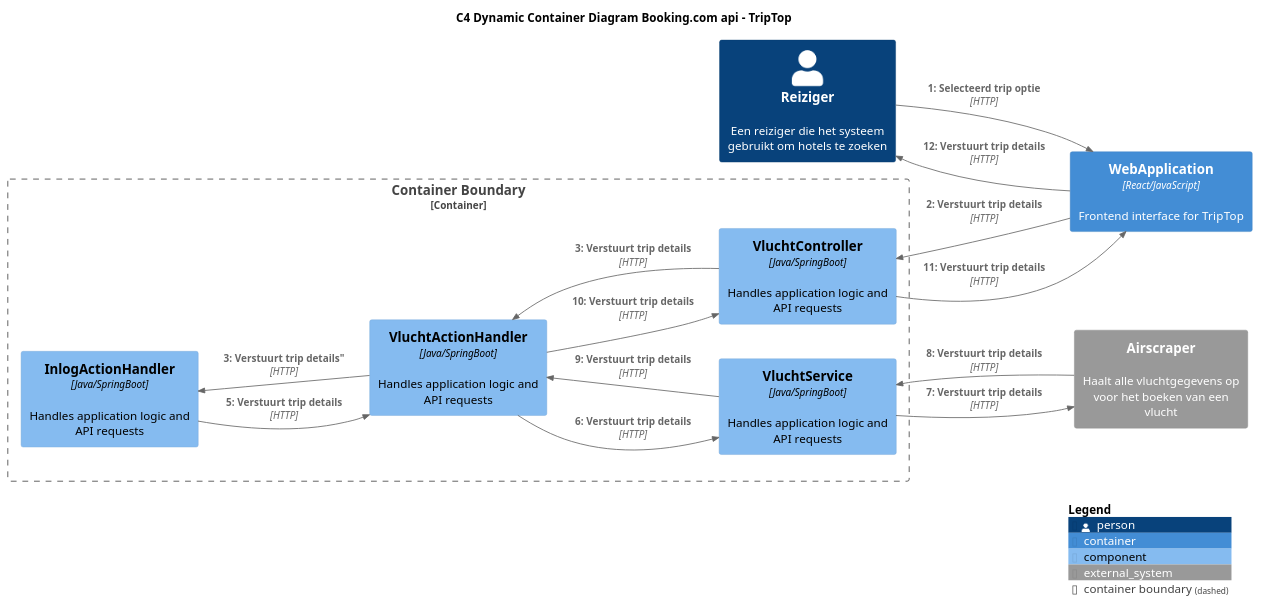
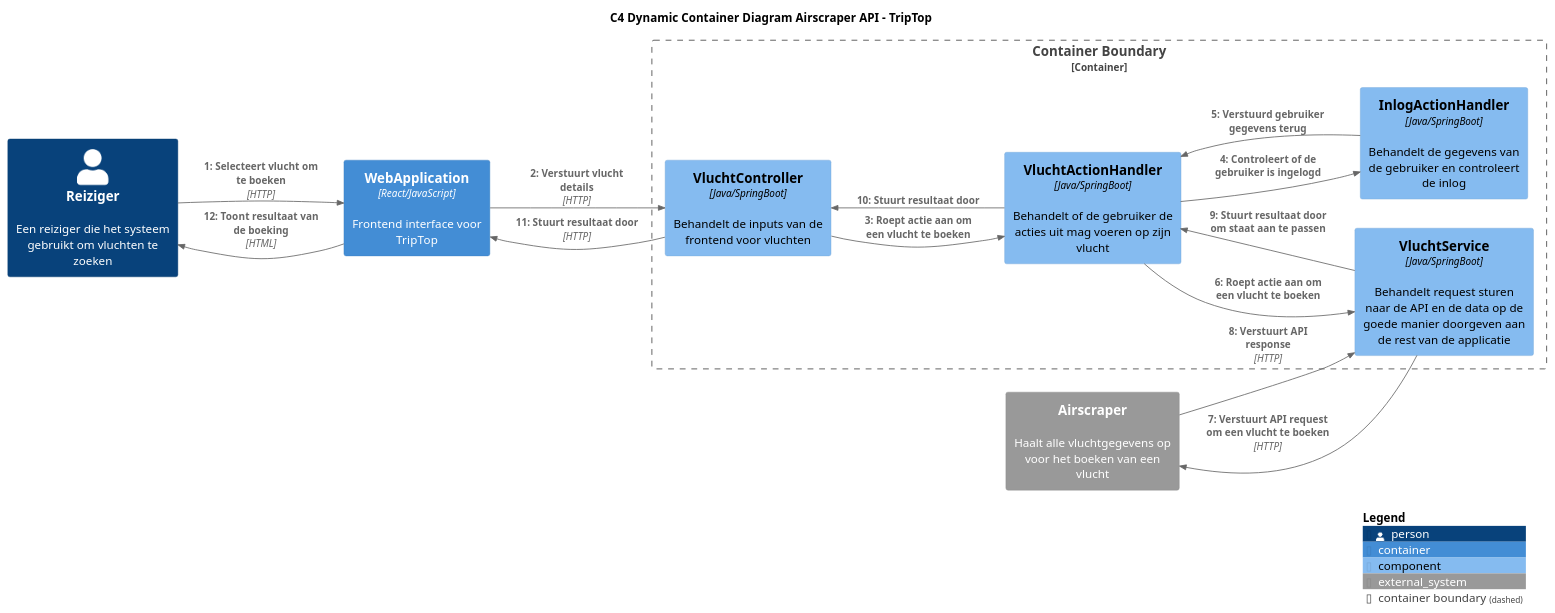
One commit to AIM-ENE-feb25/triptop-groep-b4 changed the diagram in Pressure_cooker/Jordy/Dynamisch_component_diagram_pressure_cooker_Jordy_Vlucht.puml. Above: the diagram before and after it, drawn with PlantUML. The commit also changed 1 other file, not shown here.

```diff
--- a/Pressure_cooker/Jordy/Dynamisch_component_diagram_pressure_cooker_Jordy_Vlucht.puml
+++ b/Pressure_cooker/Jordy/Dynamisch_component_diagram_pressure_cooker_Jordy_Vlucht.puml
@@ -1,34 +1,34 @@
 @startuml
 !include https://raw.githubusercontent.com/plantuml-stdlib/C4-PlantUML/master/C4_Container.puml
 !include https://raw.githubusercontent.com/plantuml-stdlib/C4-PlantUML/master/C4_Component.puml
 
-title C4 Dynamic Container Diagram Booking.com api - TripTop
+title C4 Dynamic Container Diagram Airscraper API - TripTop
 left to right direction
 
-Person(Reiziger, "Reiziger", "Een reiziger die het systeem gebruikt om hotels te zoeken")
-Container(WebApp, "WebApplication", "React/JavaScript", "Frontend interface for TripTop")
+Person(Reiziger, "Reiziger", "Een reiziger die het systeem gebruikt om vluchten te zoeken")
+Container(WebApp, "WebApplication", "React/JavaScript", "Frontend interface voor TripTop")
 
 Container_Boundary(ContainerBoundary, "Container Boundary") {
-    Component(InlogActionHandler, "InlogActionHandler", "Java/SpringBoot", "Handles application logic and API requests")
-    Component(VluchtActionHandler, "VluchtActionHandler", "Java/SpringBoot", "Handles application logic and API requests")
-    Component(VluchtController, "VluchtController", "Java/SpringBoot", "Handles application logic and API requests")
-    Component(VluchtService, "VluchtService", "Java/SpringBoot", "Handles application logic and API requests")
+    Component(VluchtController, "VluchtController", "Java/SpringBoot", "Behandelt de inputs van de frontend voor vluchten")
+    Component(VluchtActionHandler, "VluchtActionHandler", "Java/SpringBoot", "Behandelt of de gebruiker de acties uit mag voeren op zijn vlucht")
+    Component(InlogActionHandler, "InlogActionHandler", "Java/SpringBoot", "Behandelt de gegevens van de gebruiker en controleert de inlog")
+    Component(VluchtService, "VluchtService", "Java/SpringBoot", "Behandelt request sturen naar de API en de data op de goede manier doorgeven aan de rest van de applicatie")
 }
+
 System_Ext(Airscraper, "Airscraper", "Haalt alle vluchtgegevens op voor het boeken van een vlucht")
 
-
-Rel(Reiziger, WebApp, "1: Selecteerd trip optie", $techn="HTTP", $tags="", $link="")
-Rel(WebApp, VluchtController, "2: Verstuurt trip details", $techn="HTTP", $tags="", $link="")
-Rel(VluchtController, VluchtActionHandler, "3: Verstuurt trip details", $techn="HTTP", $tags="", $link="")
-Rel(VluchtActionHandler, InlogActionHandler, 3: Verstuurt trip details", $techn="HTTP", $tags="", $link="")
-Rel(InlogActionHandler, VluchtActionHandler, "5: Verstuurt trip details", $techn="HTTP", $tags="", $link="")
-Rel(VluchtActionHandler, VluchtService, "6: Verstuurt trip details", $techn="HTTP", $tags="", $link="")
-Rel(VluchtService, Airscraper, "7: Verstuurt trip details", $techn="HTTP", $tags="", $link="")
-Rel(Airscraper, VluchtService, "8: Verstuurt trip details", $techn="HTTP", $tags="", $link="")
-Rel(VluchtService, VluchtActionHandler, "9: Verstuurt trip details", $techn="HTTP", $tags="", $link="")
-Rel(VluchtActionHandler, VluchtController, "10: Verstuurt trip details", $techn="HTTP", $tags="", $link="")
-Rel(VluchtController, WebApp, "11: Verstuurt trip details", $techn="HTTP", $tags="", $link="")
-Rel(WebApp, Reiziger, "12: Verstuurt trip details", $techn="HTTP", $tags="", $link="")
+Rel(Reiziger, WebApp, "1: Selecteert vlucht om te boeken", $techn="HTTP", $tags="", $link="")
+Rel(WebApp, VluchtController, "2: Verstuurt vlucht details", $techn="HTTP", $tags="", $link="")
+Rel(VluchtController, VluchtActionHandler, "3: Roept actie aan om een vlucht te boeken", $techn="", $tags="", $link="")
+Rel(VluchtActionHandler, InlogActionHandler, "4: Controleert of de gebruiker is ingelogd", $techn="", $tags="", $link="")
+Rel(InlogActionHandler, VluchtActionHandler, "5: Verstuurd gebruiker gegevens terug", $techn="", $tags="", $link="")
+Rel(VluchtActionHandler, VluchtService, "6: Roept actie aan om een vlucht te boeken", $techn="", $tags="", $link="")
+Rel(VluchtService, Airscraper, "7: Verstuurt API request om een vlucht te boeken", $techn="HTTP", $tags="", $link="")
+Rel(Airscraper, VluchtService, "8: Verstuurt API response", $techn="HTTP", $tags="", $link="")
+Rel(VluchtService, VluchtActionHandler, "9: Stuurt resultaat door om staat aan te passen", $techn="", $tags="", $link="")
+Rel(VluchtActionHandler, VluchtController, "10: Stuurt resultaat door", $techn="", $tags="", $link="")
+Rel(VluchtController, WebApp, "11: Stuurt resultaat door", $techn="HTTP", $tags="", $link="")
+Rel(WebApp, Reiziger, "12: Toont resultaat van de boeking", $techn="HTML", $tags="", $link="")
 
 SHOW_LEGEND(true)
 @enduml
```
